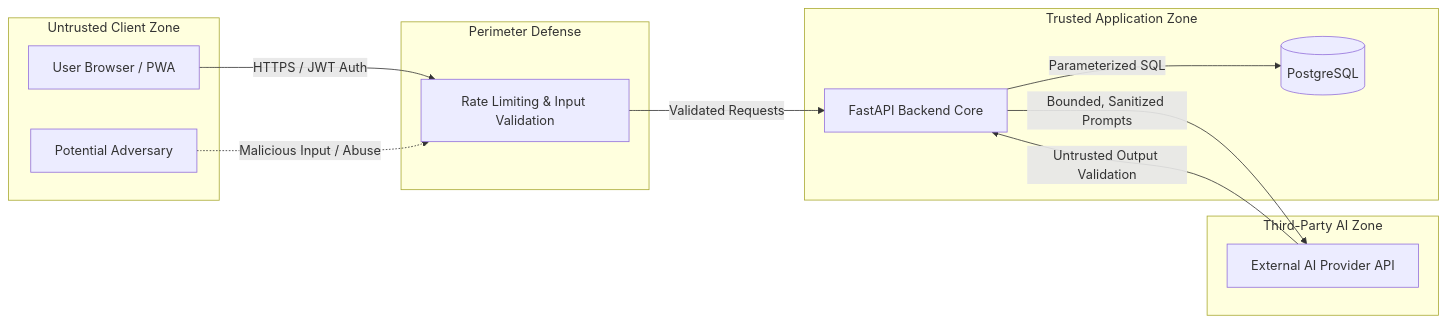
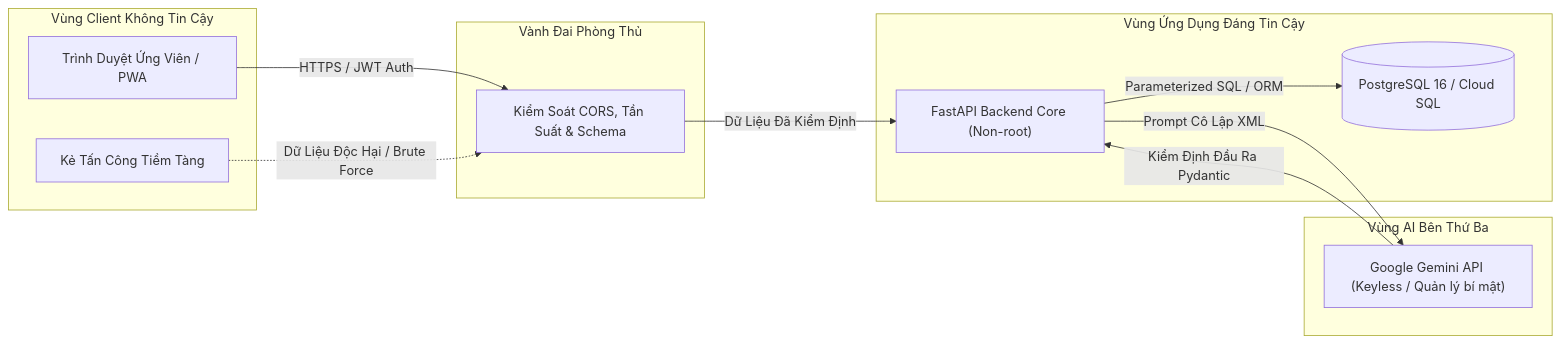
Before and after one commit to nguyenlpn2015/DevSpeak-AI: the diagram in docs/SECURITY.md, drawn with Mermaid. The commit also changed other lines of this file and 19 other files, not shown here.

````diff
--- a/docs/SECURITY.md
+++ b/docs/SECURITY.md
@@ -10,27 +11,27 @@
 ```mermaid
 flowchart LR
-    subgraph UntrustedZone["Untrusted Client Zone"]
-        Browser["User Browser / PWA"]
-        Attacker["Potential Adversary"]
+    subgraph VungNgoai["Vùng Client Không Tin Cậy"]
+        Browser["Trình Duyệt Ứng Viên / PWA"]
+        Attacker["Kẻ Tấn Công Tiềm Tàng"]
     end
 
-    subgraph Perimeter["Perimeter Defense"]
-        WAF["Rate Limiting & Input Validation"]
+    subgraph VanhDai["Vành Đai Phòng Thủ"]
+        WAF["Kiểm Soát CORS, Tần Suất & Schema"]
     end
 
-    subgraph TrustedAppZone["Trusted Application Zone"]
-        API["FastAPI Backend Core"]
-        DB[(PostgreSQL)]
+    subgraph VungUngDung["Vùng Ứng Dụng Đáng Tin Cậy"]
+        API["FastAPI Backend Core (Non-root)"]
+        DB[(PostgreSQL 16 / Cloud SQL)]
     end
 
-    subgraph ExternalZone["Third-Party AI Zone"]
-        LLM["External AI Provider API"]
+    subgraph VungAI["Vùng AI Bên Thứ Ba"]
+        LLM["Google Gemini API (Keyless / Quản lý bí mật)"]
     end
 
     Browser -->|HTTPS / JWT Auth| WAF
-    Attacker -.->|Malicious Input / Abuse| WAF
-    WAF -->|Validated Requests| API
-    API -->|Parameterized SQL| DB
-    API -->|Bounded, Sanitized Prompts| LLM
-    LLM -->|Untrusted Output Validation| API
+    Attacker -.->|Dữ Liệu Độc Hại / Brute Force| WAF
+    WAF -->|Dữ Liệu Đã Kiểm Định| API
+    API -->|Parameterized SQL / ORM| DB
+    API -->|Prompt Cô Lập XML| LLM
+    LLM -->|Kiểm Định Đầu Ra Pydantic| API
 ```
````
